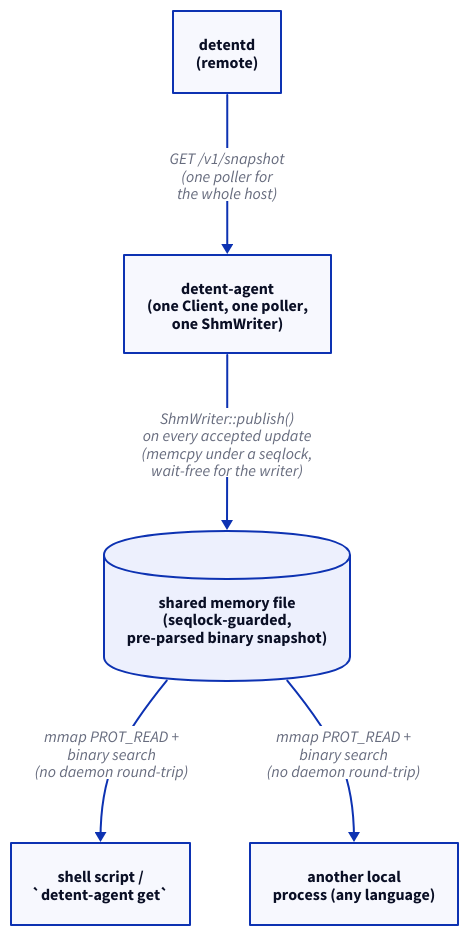
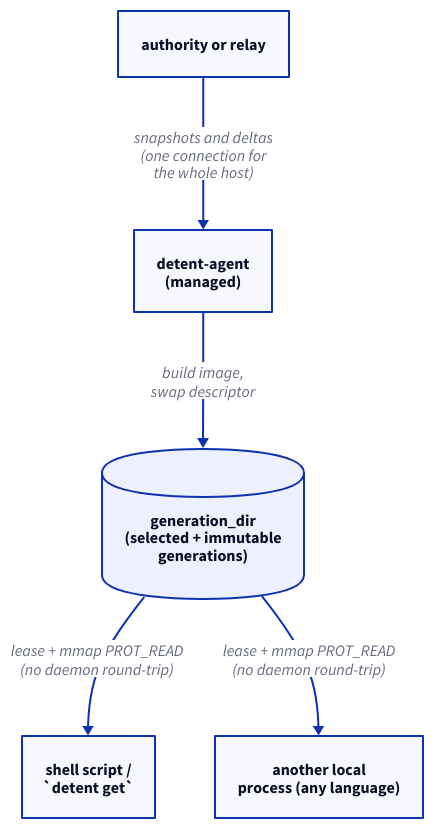
The diagram in diagrams/07_agent.d2 (Kronuz/Detent), drawn with D2 before and after one commit. The commit also changed 73 other files, not shown here.

First line of the commit message:
Remove the shared-memory agent and the unmanaged detent-agent mode

```diff
--- a/diagrams/07_agent.d2
+++ b/diagrams/07_agent.d2
@@ -1,35 +1,30 @@
-# The host-local agent: one warm Client publishing a pre-parsed, ready-to-
-# evaluate binary snapshot into a seqlock-guarded, memory-mapped file --
-# every local reader mmaps it directly instead of round-tripping to the
-# daemon (a fresh short-lived process per `detent-agent get` invocation).
-# Simpler than a per-key TTL cache (the pattern this is modeled on) needs to
-# be, because detent::Client already keeps one whole versioned snapshot
-# fresh by itself -- the agent's only job is to share that, and to do so as
-# cheaply as a reader can possibly ask for it: no socket, no request/
-# response round trip, no JSON parsing on the read path at all.
+# The host-local agent: it receives snapshots and deltas from the authority
+# or a relay, builds an immutable generation, and selects it atomically.
+# Every local reader leases and maps the selected generation read-only, so a
+# read never round-trips to the daemon.
 direction: down
 
-detentd: detentd\n(remote) {
+upstream: authority or relay {
   shape: rectangle
 }
 
-agent: detent-agent\n(one Client, one poller,\none ShmWriter) {
+agent: detent-agent\n(managed) {
   shape: rectangle
 }
 
-shm: shared memory file\n(seqlock-guarded,\npre-parsed binary snapshot) {
+generations: generation_dir\n(selected + immutable\ngenerations) {
   shape: cylinder
 }
 
-reader_a: shell script /\n`detent-agent get` {
+reader_a: shell script /\n`detent get` {
   shape: rectangle
 }
 
 reader_b: another local\nprocess (any language) {
   shape: rectangle
 }
 
-detentd -> agent: "GET /v1/snapshot\n(one poller for\nthe whole host)"
-agent -> shm: "ShmWriter::publish()\non every accepted update\n(memcpy under a seqlock,\nwait-free for the writer)"
-shm -> reader_a: "mmap PROT_READ +\nbinary search\n(no daemon round-trip)"
-shm -> reader_b: "mmap PROT_READ +\nbinary search\n(no daemon round-trip)"
+upstream -> agent: "snapshots and deltas\n(one connection for\nthe whole host)"
+agent -> generations: "build image,\nswap descriptor"
+generations -> reader_a: "lease + mmap PROT_READ\n(no daemon round-trip)"
+generations -> reader_b: "lease + mmap PROT_READ\n(no daemon round-trip)"
```
